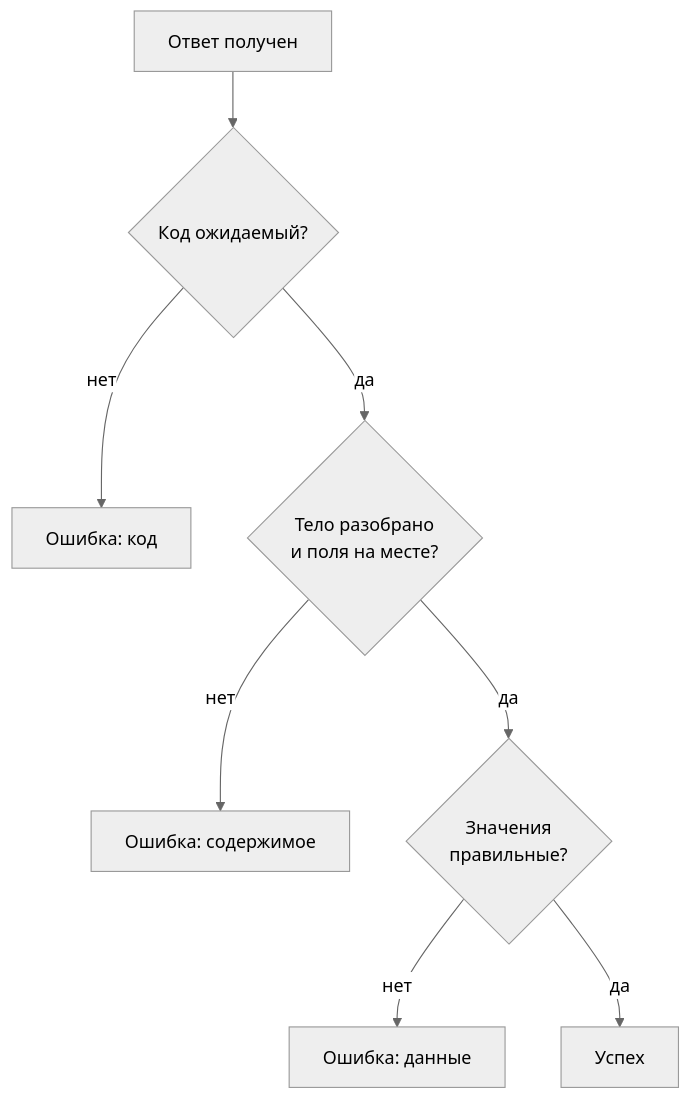
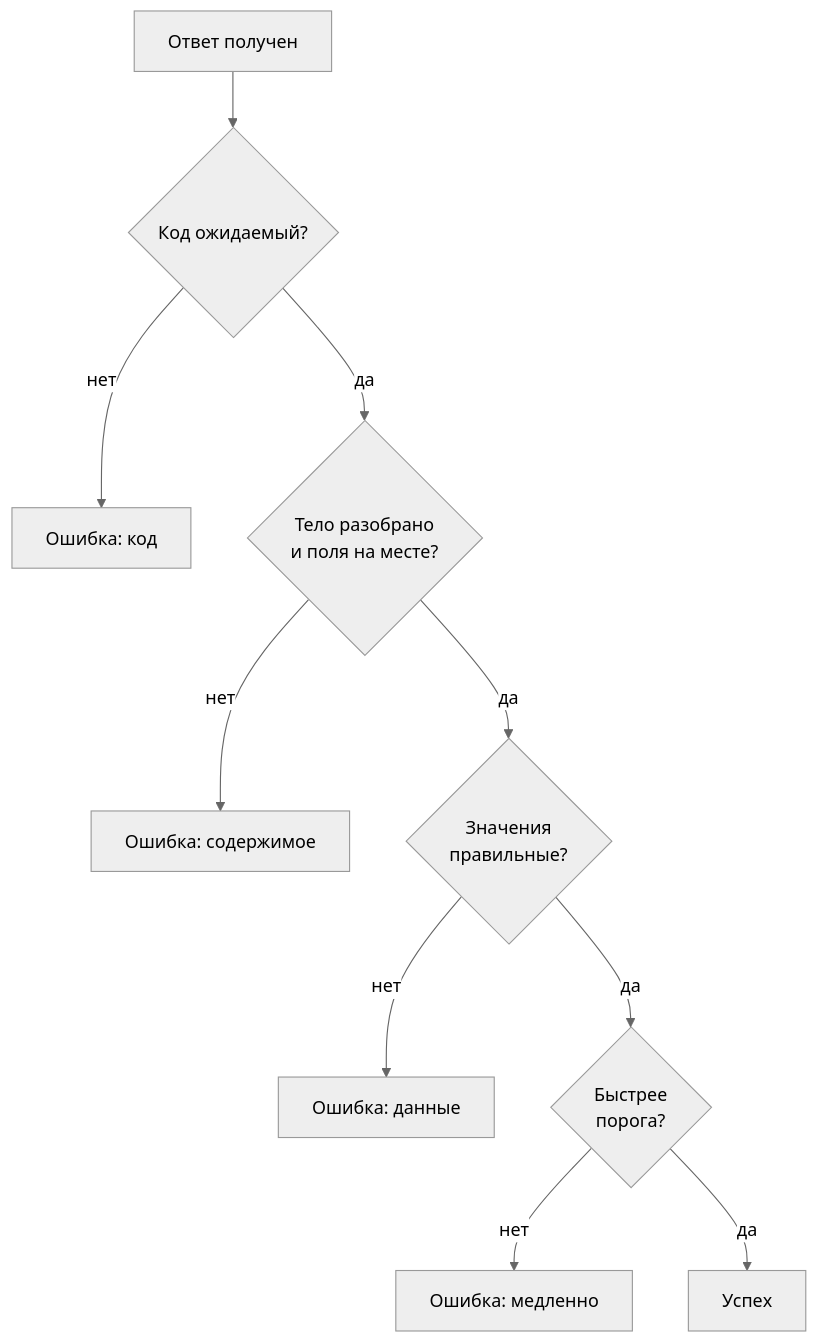
The first of 2 diagrams in 09-locust/03-data-checks.md (distinguished-sre/load-tester), drawn with Mermaid (neutral theme) before and after one commit. The commit also changed other lines of this file and 17 other files, not shown here.

````diff
--- a/09-locust/03-data-checks.md
+++ b/09-locust/03-data-checks.md
@@ -28,10 +28,12 @@
 ```mermaid
 flowchart TD
     A["Ответ получен"] --> B{"Код ожидаемый?"}
     B -->|нет| F["Ошибка: код"]
     B -->|да| C{"Тело разобрано<br>и поля на месте?"}
     C -->|нет| G["Ошибка: содержимое"]
     C -->|да| D{"Значения<br>правильные?"}
     D -->|нет| H["Ошибка: данные"]
-    D -->|да| E["Успех"]
+    D -->|да| T{"Быстрее<br>порога?"}
+    T -->|нет| I["Ошибка: медленно"]
+    T -->|да| E["Успех"]
 ```
````
